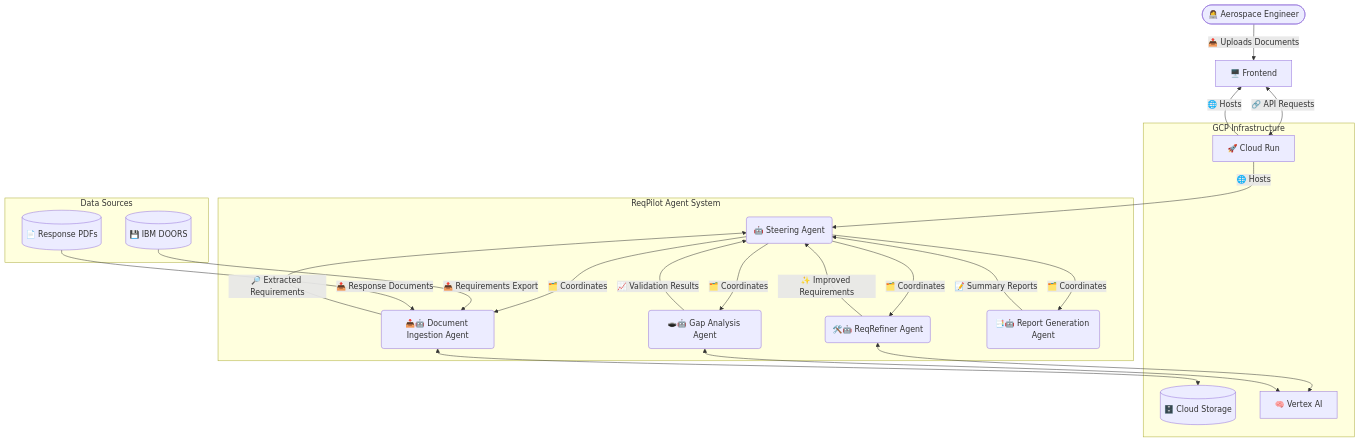
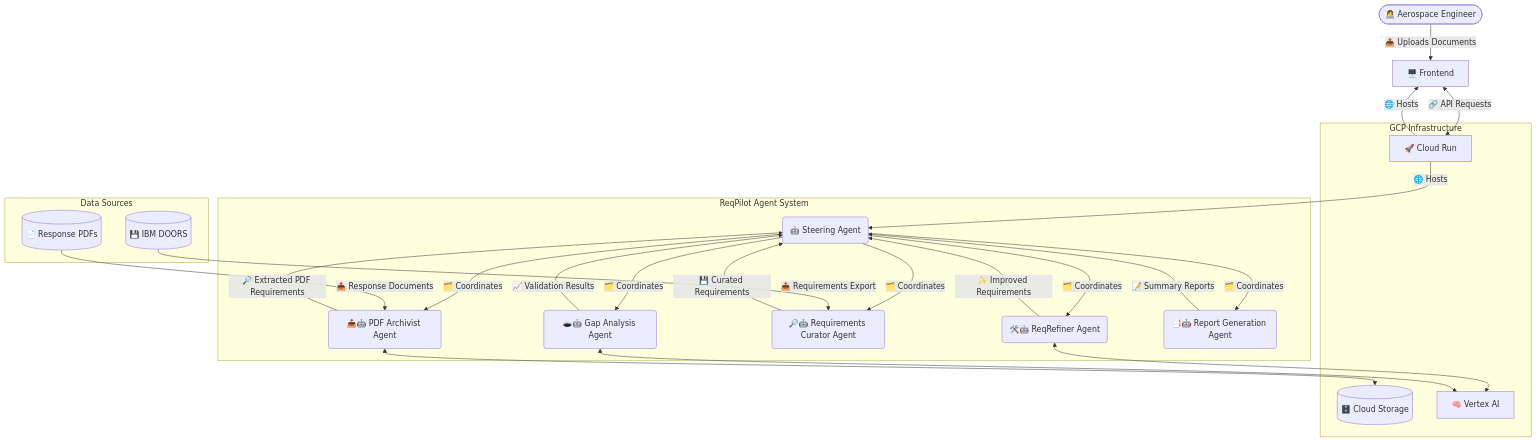
Before and after one commit to onova-gcp-hackathon-2025/e2eplm: the diagram in README.md, drawn with Mermaid. The commit also changed other lines of this file and 22 other files, not shown here.

````diff
--- a/README.md
+++ b/README.md
@@ -13,38 +13,40 @@
 ```mermaid
 graph TD
     User([👩‍💻 Aerospace Engineer]) -->|📤 Uploads Documents| Frontend[🖥️ Frontend]
     
     subgraph "ReqPilot Agent System"
         Steering(🤖 Steering Agent) -->|🗂️ Coordinates| ReqRefiner
-        Steering -->|🗂️ Coordinates| DocIngester
+        Steering -->|🗂️ Coordinates| PDFArchivist
+        Steering -->|🗂️ Coordinates| RequirementsCurator
         Steering -->|🗂️ Coordinates| GapAnalyzer
         Steering -->|🗂️ Coordinates| ReportGenerator
         
         ReqRefiner(🛠️🤖 ReqRefiner Agent) -->|✨ Improved Requirements| Steering
-        DocIngester(📥🤖 Document Ingestion Agent) -->|🔎 Extracted Requirements| Steering
+        PDFArchivist(📥🤖 PDF Archivist Agent) -->|🔎 Extracted PDF Requirements| Steering
+        RequirementsCurator(🔎🤖 Requirements Curator Agent) -->|💾 Curated Requirements| Steering
         GapAnalyzer(🕳️🤖 Gap Analysis Agent) -->|📈 Validation Results| Steering
         ReportGenerator(📑🤖 Report Generation Agent) -->|📝 Summary Reports| Steering
     end
     
     subgraph "Data Sources"
         DOORS[(💾 IBM DOORS)]
         PDFs[(📄 Response PDFs)]
     end
     
     subgraph "GCP Infrastructure"
         CloudStorage[(🗄️ Cloud Storage)]
         VertexAI[🧠 Vertex AI]
         CloudRun[🚀 Cloud Run]
     end
     
     Frontend <-->|🔗 API Requests| CloudRun
-    DOORS -->|📤 Requirements Export| DocIngester
-    PDFs -->|📤 Response Documents| DocIngester
+    DOORS -->|📤 Requirements Export| RequirementsCurator
+    PDFs -->|📤 Response Documents| PDFArchivist
     
-    DocIngester <--> CloudStorage
+    PDFArchivist <--> CloudStorage
     ReqRefiner <--> VertexAI
     GapAnalyzer <--> VertexAI
     
     CloudRun -->|🌐 Hosts| Frontend
     CloudRun -->|🌐 Hosts| Steering
 ```
````
